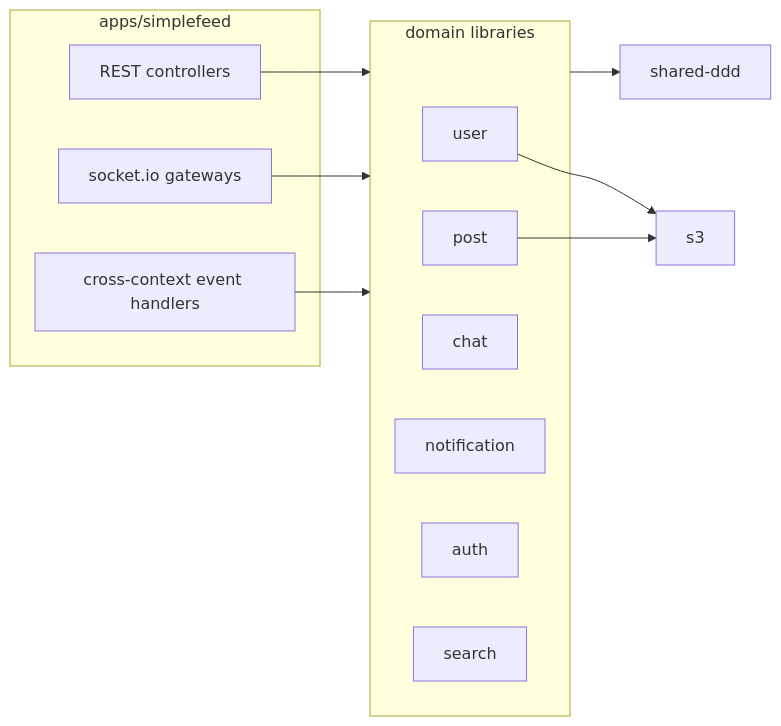
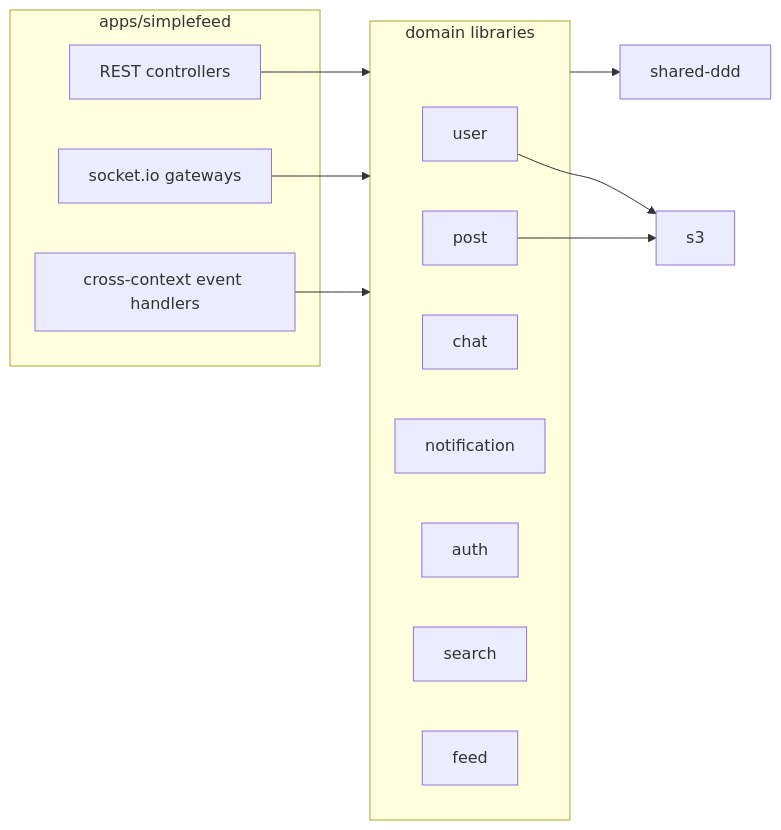
The diagram in README.md (edgarmueller/simplefeed-backend), drawn with Mermaid before and after one commit. The commit also changed other lines of this file and 64 other files, not shown here.

````diff
--- a/README.md
+++ b/README.md
@@ -19,27 +19,28 @@
 ```mermaid
 flowchart LR
   subgraph app [apps/simplefeed]
     http[REST controllers]
     ws[socket.io gateways]
     handlers[cross-context event handlers]
   end
 
   subgraph domain [domain libraries]
     user
     post
     chat
     notification
     auth
     search
+    feed
   end
 
   shared[shared-ddd]
   s3
 
   http --> domain
   ws --> domain
   handlers --> domain
   domain --> shared
   user --> s3
   post --> s3
 ```
````
